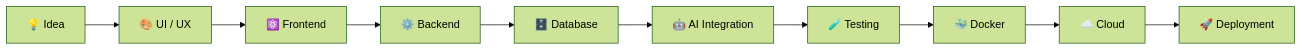
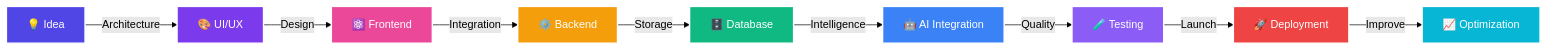
The diagram in README.md (SyedGoharHussain/SyedGoharHussain), drawn with Mermaid (forest theme) before and after one commit. The commit also changed other lines of this file, not shown here.

````diff
--- a/README.md
+++ b/README.md
@@ -257,12 +185,21 @@
 ```mermaid
-flowchart LR
-    A[💡 Idea] --> B[🎨 UI / UX]
-    B --> C[⚛️ Frontend]
-    C --> D[⚙️ Backend]
-    D --> E[🗄️ Database]
-    E --> F[🤖 AI Integration]
-    F --> G[🧪 Testing]
-    G --> H[🐳 Docker]
-    H --> I[☁️ Cloud]
-    I --> J[🚀 Deployment]
+graph LR
+    A[💡 Idea] -->|Architecture| B[🎨 UI/UX]
+    B -->|Design| C[⚛️ Frontend]
+    C -->|Integration| D[⚙️ Backend]
+    D -->|Storage| E[🗄️ Database]
+    E -->|Intelligence| F[🤖 AI Integration]
+    F -->|Quality| G[🧪 Testing]
+    G -->|Launch| H[🚀 Deployment]
+    H -->|Improve| I[📈 Optimization]
+
+    style A fill:#4F46E5,stroke:#fff,stroke-width:2px,color:#fff
+    style B fill:#7C3AED,stroke:#fff,stroke-width:2px,color:#fff
+    style C fill:#EC4899,stroke:#fff,stroke-width:2px,color:#fff
+    style D fill:#F59E0B,stroke:#fff,stroke-width:2px,color:#fff
+    style E fill:#10B981,stroke:#fff,stroke-width:2px,color:#fff
+    style F fill:#3B82F6,stroke:#fff,stroke-width:2px,color:#fff
+    style G fill:#8B5CF6,stroke:#fff,stroke-width:2px,color:#fff
+    style H fill:#EF4444,stroke:#fff,stroke-width:2px,color:#fff
+    style I fill:#06B6D4,stroke:#fff,stroke-width:2px,color:#fff
 ```
````
